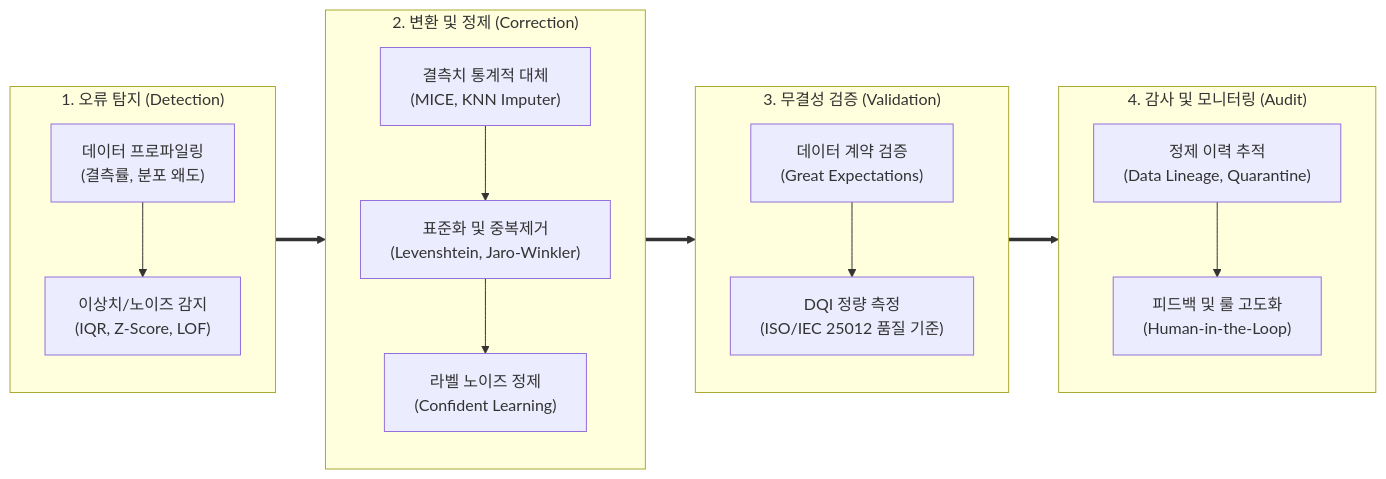
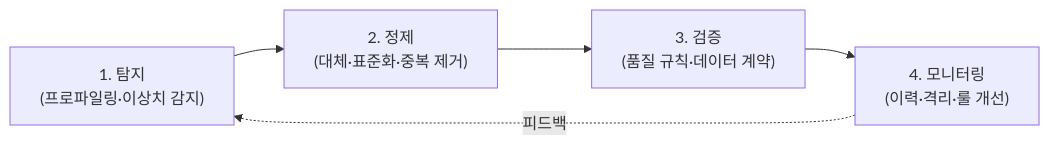
One commit to supremethumb/supremethumb.github.io changed the diagram in content/01_IT Tech/데이터 클렌징.md. Above: the diagram before and after it, drawn with Mermaid. The commit also changed other lines of this file and 1087 other files, not shown here.

````diff
--- a/content/01_IT Tech/데이터 클렌징.md
+++ b/content/01_IT Tech/데이터 클렌징.md
@@ -41,36 +35,7 @@
 ```mermaid
 flowchart LR
-    subgraph S1["1. 오류 탐지 (Detection)"]
-        direction TB
-        A["데이터 프로파일링<br/>(결측률, 분포 왜도)"]
-        B["이상치/노이즈 감지<br/>(IQR, Z-Score, LOF)"]
-        A --> B
-    end
-
-    subgraph S2["2. 변환 및 정제 (Correction)"]
-        direction TB
-        C["결측치 통계적 대체<br/>(MICE, KNN Imputer)"]
-        D["표준화 및 중복제거<br/>(Levenshtein, Jaro-Winkler)"]
-        E["라벨 노이즈 정제<br/>(Confident Learning)"]
-        C --> D --> E
-    end
-
-    subgraph S3["3. 무결성 검증 (Validation)"]
-        direction TB
-        F["데이터 계약 검증<br/>(Great Expectations)"]
-        G["DQI 정량 측정<br/>(ISO/IEC 25012 품질 기준)"]
-        F --> G
-    end
-
-    subgraph S4["4. 감사 및 모니터링 (Audit)"]
-        direction TB
-        H["정제 이력 추적<br/>(Data Lineage, Quarantine)"]
-        I["피드백 및 룰 고도화<br/>(Human-in-the-Loop)"]
-        H --> I
-    end
-
-    S1 ==> S2
-    S2 ==> S3
-    S3 ==> S4
-
+    D["1. 탐지<br/>(프로파일링·이상치 감지)"] --> C["2. 정제<br/>(대체·표준화·중복 제거)"]
+    C --> V["3. 검증<br/>(품질 규칙·데이터 계약)"]
+    V --> M["4. 모니터링<br/>(이력·격리·룰 개선)"]
+    M -. "피드백" .-> D
 ```
````
